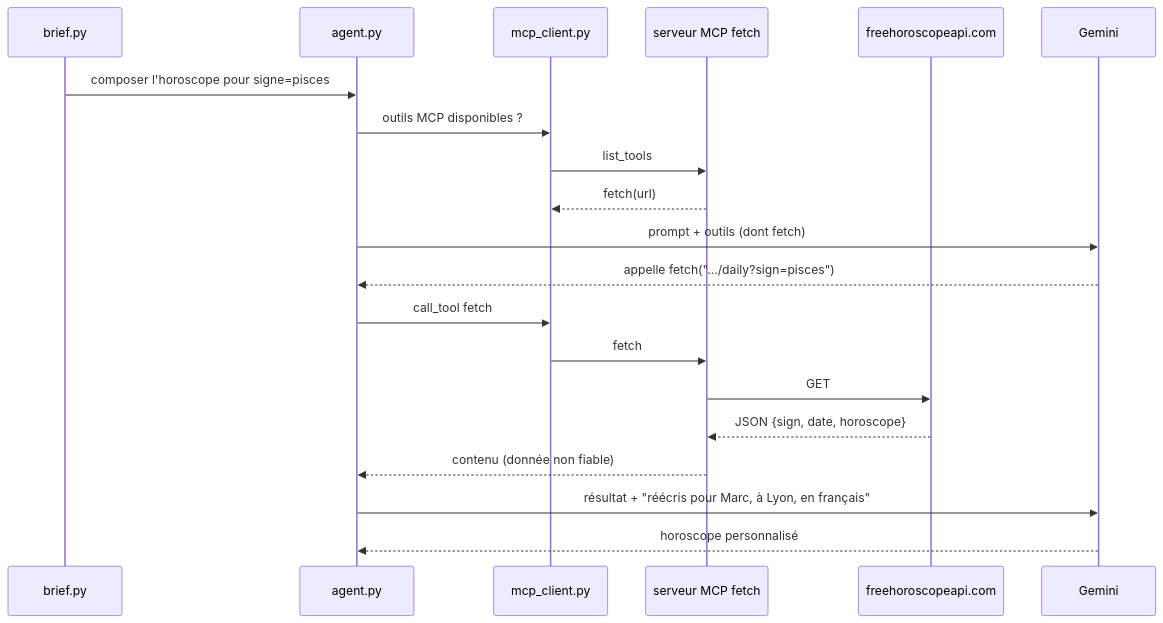
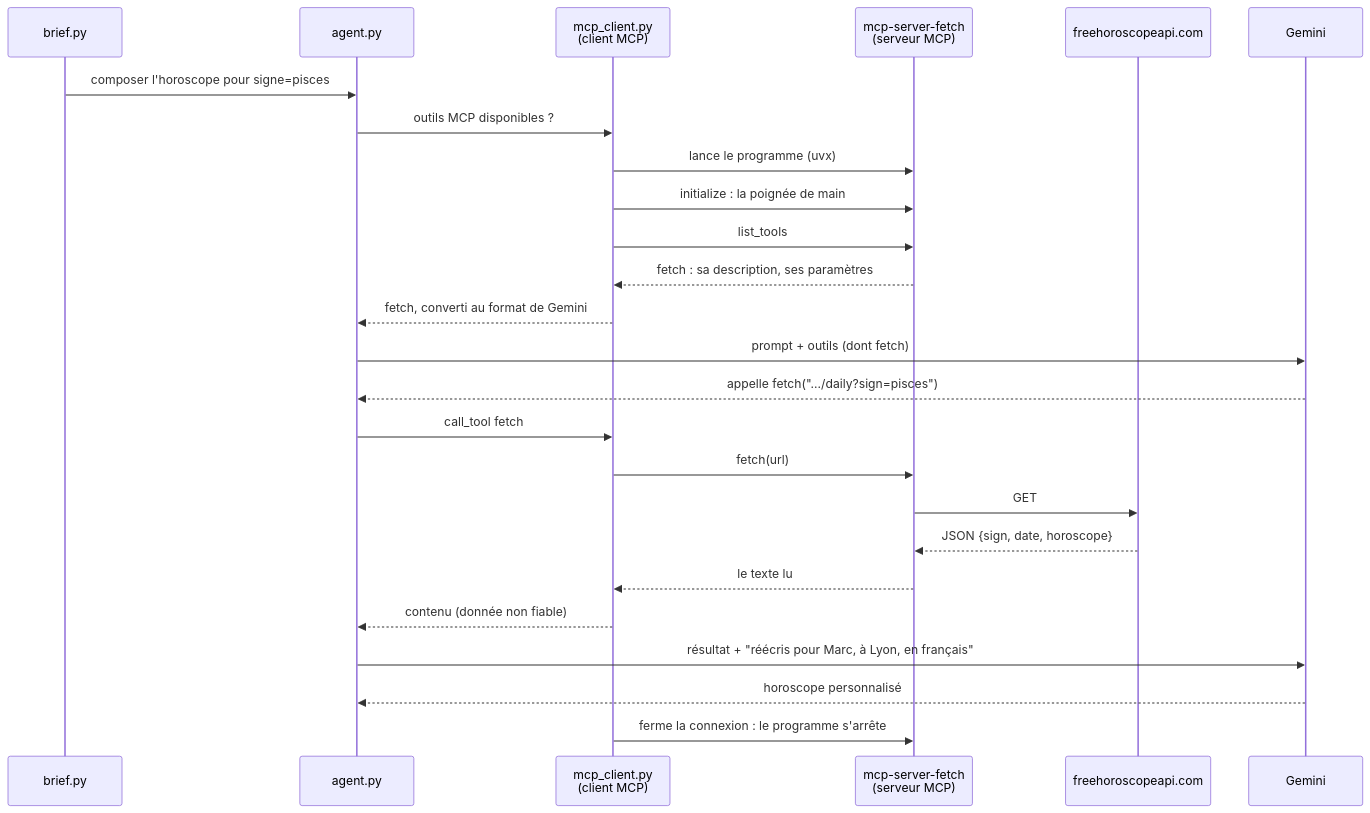
Before and after one commit to lecinquiemejour-code/goodvibe-tuto: diagram 24 of 44 in tuto-goodvibe-vibecoding.md, drawn with Mermaid. The commit also changed other lines of this file and 2 other files, not shown here.

First line of the commit message:
docs(tuto): le MCP expliqué (une API n'est pas un MCP), plus aucun texte de repli

````diff
--- a/tuto-goodvibe-vibecoding.md
+++ b/tuto-goodvibe-vibecoding.md
@@ -995,22 +1037,27 @@
 ```mermaid
 sequenceDiagram
     participant B as brief.py
     participant A as agent.py
-    participant C as mcp_client.py
-    participant F as serveur MCP fetch
+    participant C as mcp_client.py<br/>(client MCP)
+    participant F as mcp-server-fetch<br/>(serveur MCP)
     participant API as freehoroscopeapi.com
     participant G as Gemini
     B->>A: composer l'horoscope pour signe=pisces
     A->>C: outils MCP disponibles ?
+    C->>F: lance le programme (uvx)
+    C->>F: initialize : la poignée de main
     C->>F: list_tools
-    F-->>C: fetch(url)
+    F-->>C: fetch : sa description, ses paramètres
+    C-->>A: fetch, converti au format de Gemini
     A->>G: prompt + outils (dont fetch)
     G-->>A: appelle fetch(".../daily?sign=pisces")
     A->>C: call_tool fetch
-    C->>F: fetch
+    C->>F: fetch(url)
     F->>API: GET
     API-->>F: JSON {sign, date, horoscope}
-    F-->>A: contenu (donnée non fiable)
+    F-->>C: le texte lu
+    C-->>A: contenu (donnée non fiable)
     A->>G: résultat + "réécris pour Marc, à Lyon, en français"
     G-->>A: horoscope personnalisé
+    C->>F: ferme la connexion : le programme s'arrête
 ```
````
